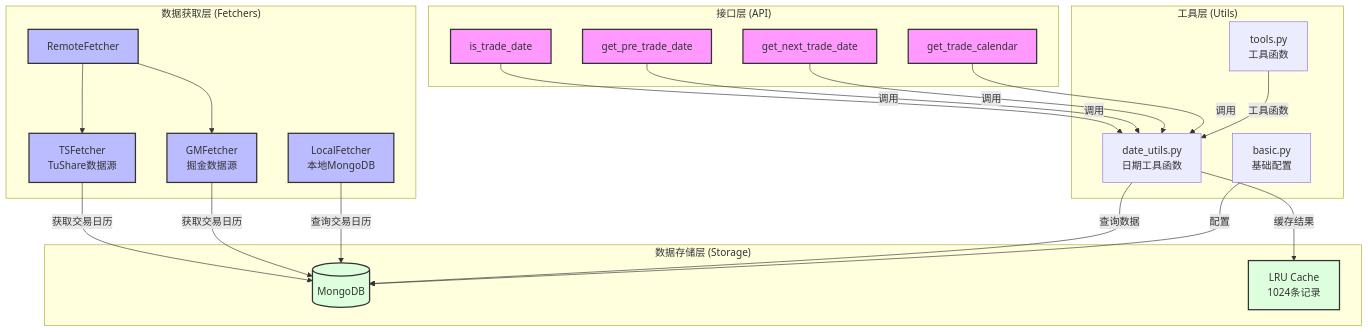
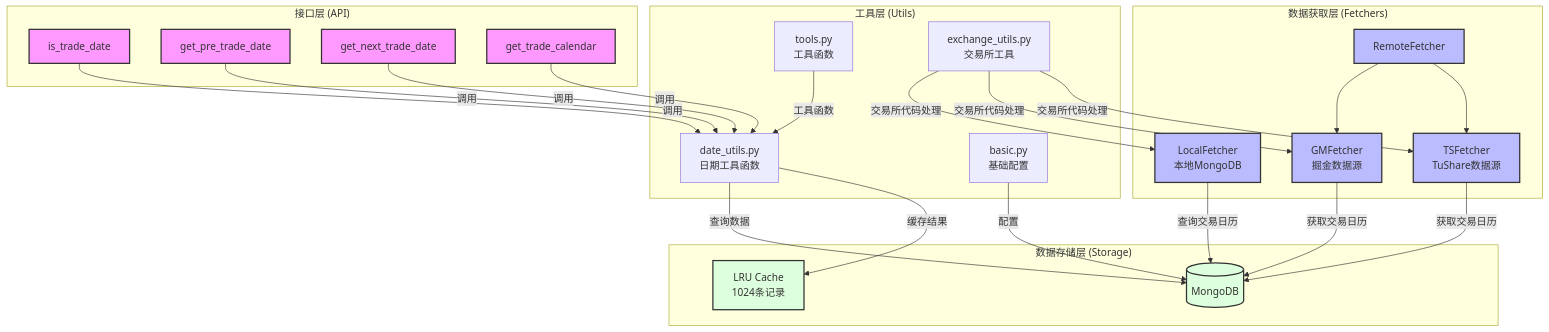
Before and after one commit to nehcuh/quantbox: the diagram in docs/trade_dates.md, drawn with Mermaid. The commit also changed other lines of this file and 2 other files, not shown here.

````diff
--- a/docs/trade_dates.md
+++ b/docs/trade_dates.md
@@ -5,55 +5,59 @@
 ```mermaid
 graph TB
     subgraph "数据获取层 (Fetchers)"
         RF[RemoteFetcher]
         TS[TSFetcher<br/>TuShare数据源]
         GM[GMFetcher<br/>掘金数据源]
         LF[LocalFetcher<br/>本地MongoDB]
         
         RF --> TS
         RF --> GM
     end
     
     subgraph "数据存储层 (Storage)"
         DB[(MongoDB)]
         Cache[LRU Cache<br/>1024条记录]
     end
     
     subgraph "工具层 (Utils)"
         DU[date_utils.py<br/>日期工具函数]
         BU[basic.py<br/>基础配置]
         TU[tools.py<br/>工具函数]
+        EU[exchange_utils.py<br/>交易所工具]
     end
     
     subgraph "接口层 (API)"
         TD[is_trade_date]
         PTD[get_pre_trade_date]
         NTD[get_next_trade_date]
         TC[get_trade_calendar]
     end
 
     %% 数据流向
     TS --获取交易日历--> DB
     GM --获取交易日历--> DB
     LF --查询交易日历--> DB
     
     DU --缓存结果--> Cache
     DU --查询数据--> DB
     
     TD --调用--> DU
     PTD --调用--> DU
     NTD --调用--> DU
     TC --调用--> DU
     
     BU --配置--> DB
     TU --工具函数--> DU
+    EU --交易所代码处理--> TS
+    EU --交易所代码处理--> GM
+    EU --交易所代码处理--> LF
 
     %% 样式
     classDef primary fill:#f9f,stroke:#333,stroke-width:2px;
     classDef secondary fill:#bbf,stroke:#333,stroke-width:2px;
     classDef storage fill:#dfd,stroke:#333,stroke-width:2px;
     
     class RF,TS,GM,LF secondary;
     class DB,Cache storage;
     class TD,PTD,NTD,TC primary;
 ```
````
